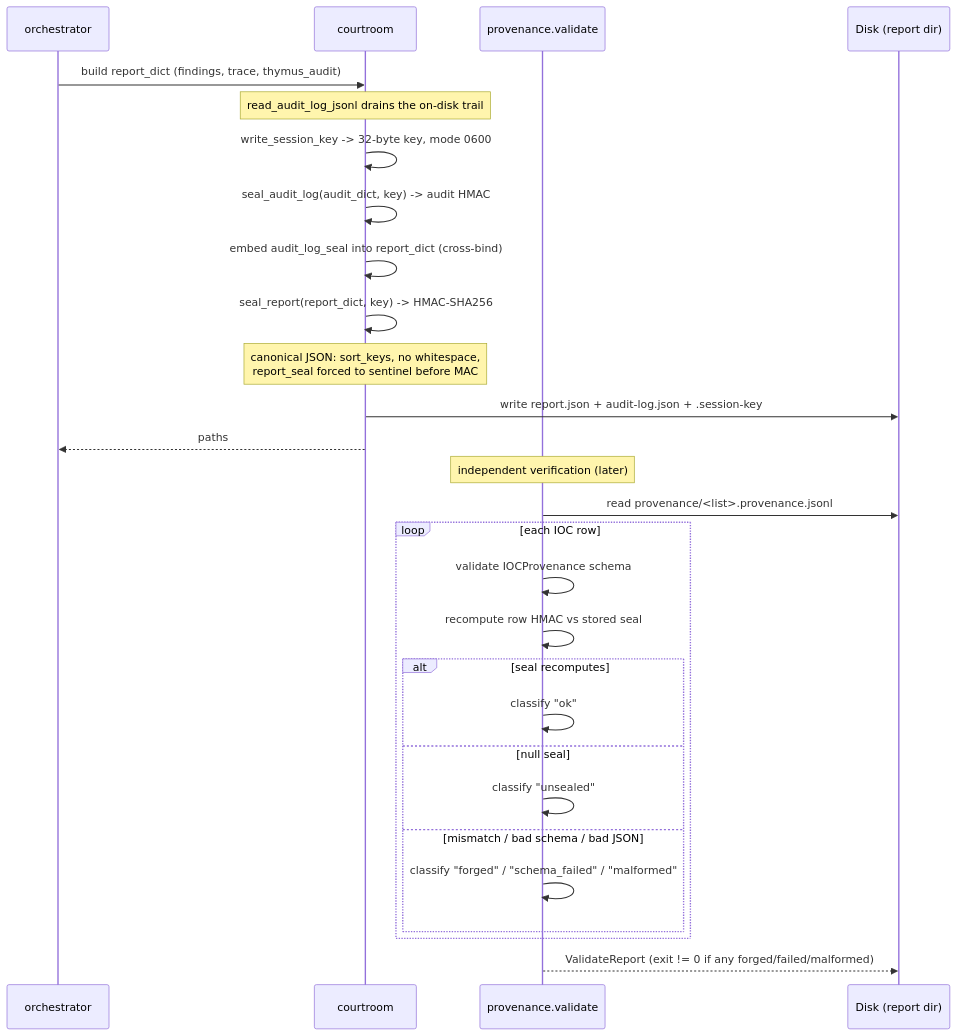
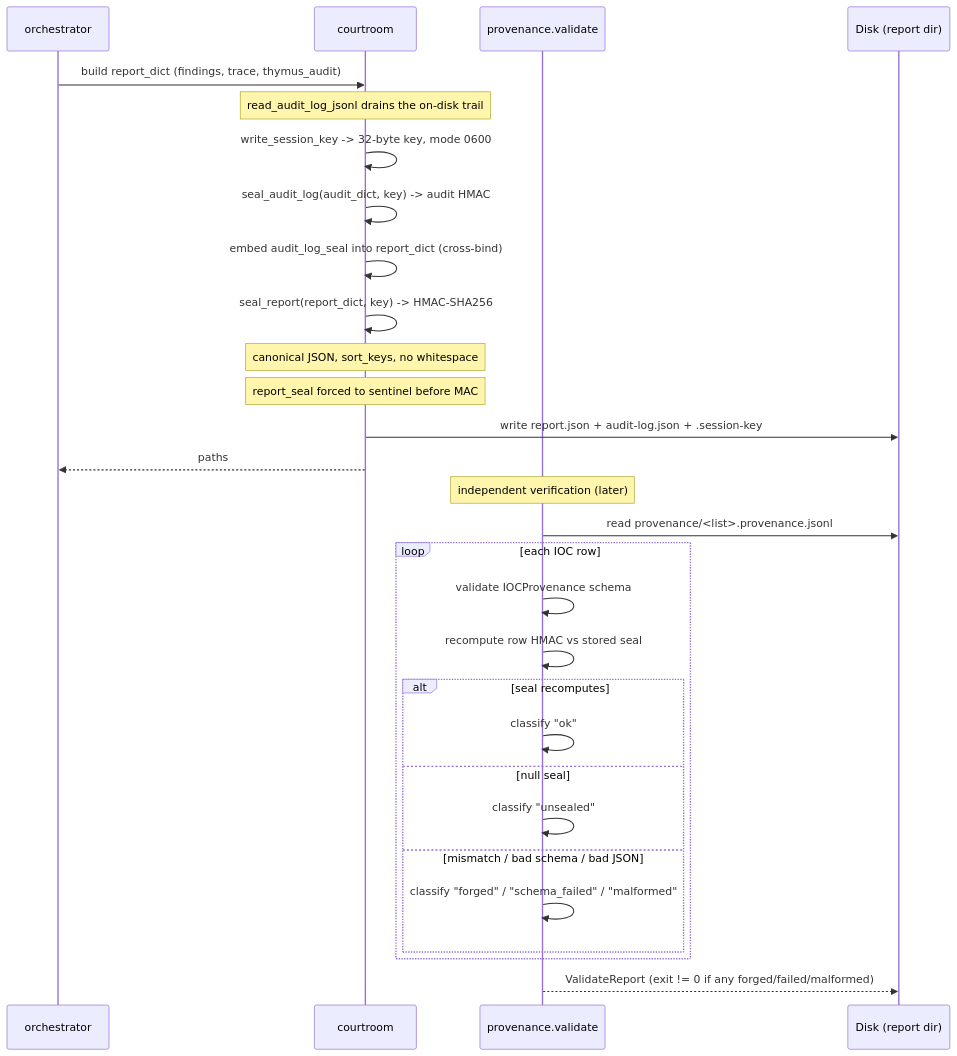
One commit to galvangabriel-web/agentropix-mcp changed the third of 6 diagrams in docs/02-architecture/sequence-diagrams.md. Above: the diagram before and after it, drawn with Mermaid. The commit also changed other lines of this file and 45 other files, not shown here.

````diff
--- a/docs/02-architecture/sequence-diagrams.md
+++ b/docs/02-architecture/sequence-diagrams.md
@@ -121,32 +121,33 @@
 ```mermaid
 sequenceDiagram
     participant Orch as orchestrator
     participant Court as courtroom
     participant Prov as provenance.validate
     participant FS as Disk (report dir)
 
     Orch->>Court: build report_dict (findings, trace, thymus_audit)
     Note over Court: read_audit_log_jsonl drains the on-disk trail
     Court->>Court: write_session_key -> 32-byte key, mode 0600
     Court->>Court: seal_audit_log(audit_dict, key) -> audit HMAC
     Court->>Court: embed audit_log_seal into report_dict (cross-bind)
     Court->>Court: seal_report(report_dict, key) -> HMAC-SHA256
-    Note over Court: canonical JSON: sort_keys, no whitespace,<br/>report_seal forced to sentinel before MAC
+    Note over Court: canonical JSON, sort_keys, no whitespace
+    Note over Court: report_seal forced to sentinel before MAC
     Court->>FS: write report.json + audit-log.json + .session-key
     Court-->>Orch: paths
 
     Note over Prov: independent verification (later)
     Prov->>FS: read provenance/<list>.provenance.jsonl
     loop each IOC row
         Prov->>Prov: validate IOCProvenance schema
         Prov->>Prov: recompute row HMAC vs stored seal
         alt seal recomputes
             Prov->>Prov: classify "ok"
         else null seal
             Prov->>Prov: classify "unsealed"
         else mismatch / bad schema / bad JSON
             Prov->>Prov: classify "forged" / "schema_failed" / "malformed"
         end
     end
     Prov-->>FS: ValidateReport (exit != 0 if any forged/failed/malformed)
 ```
````
